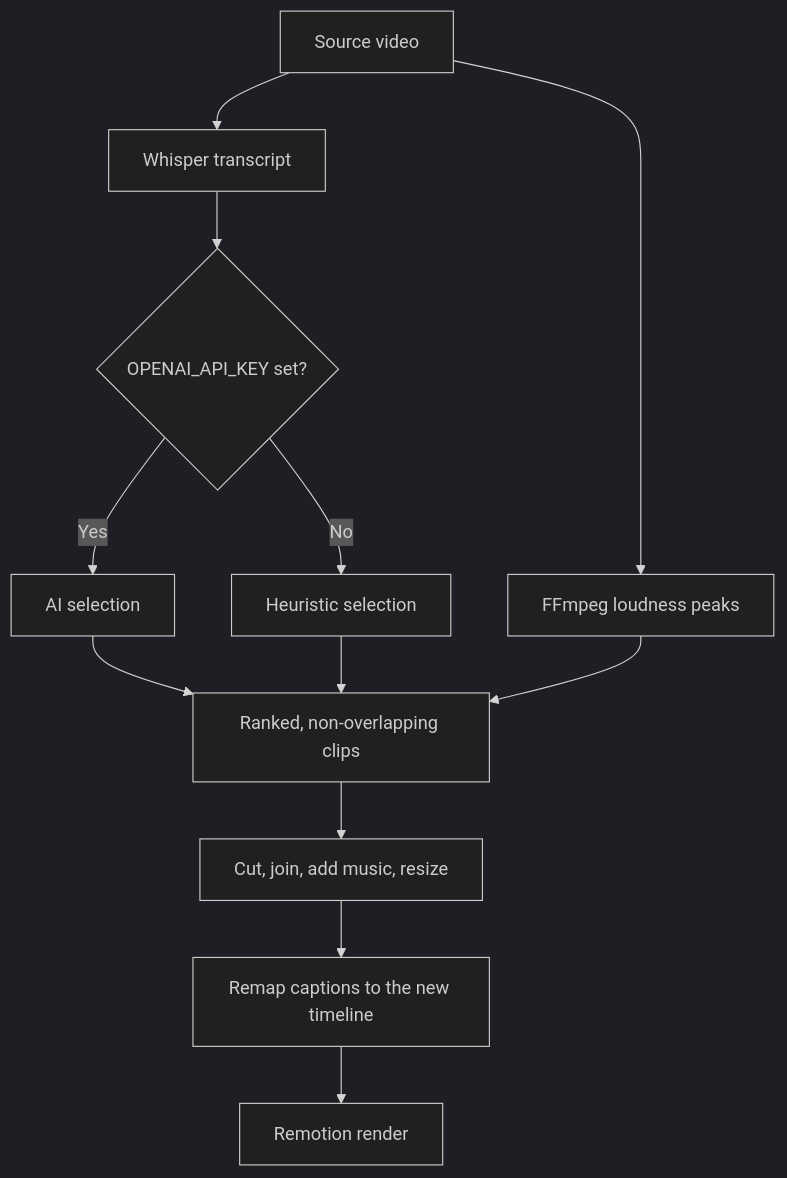
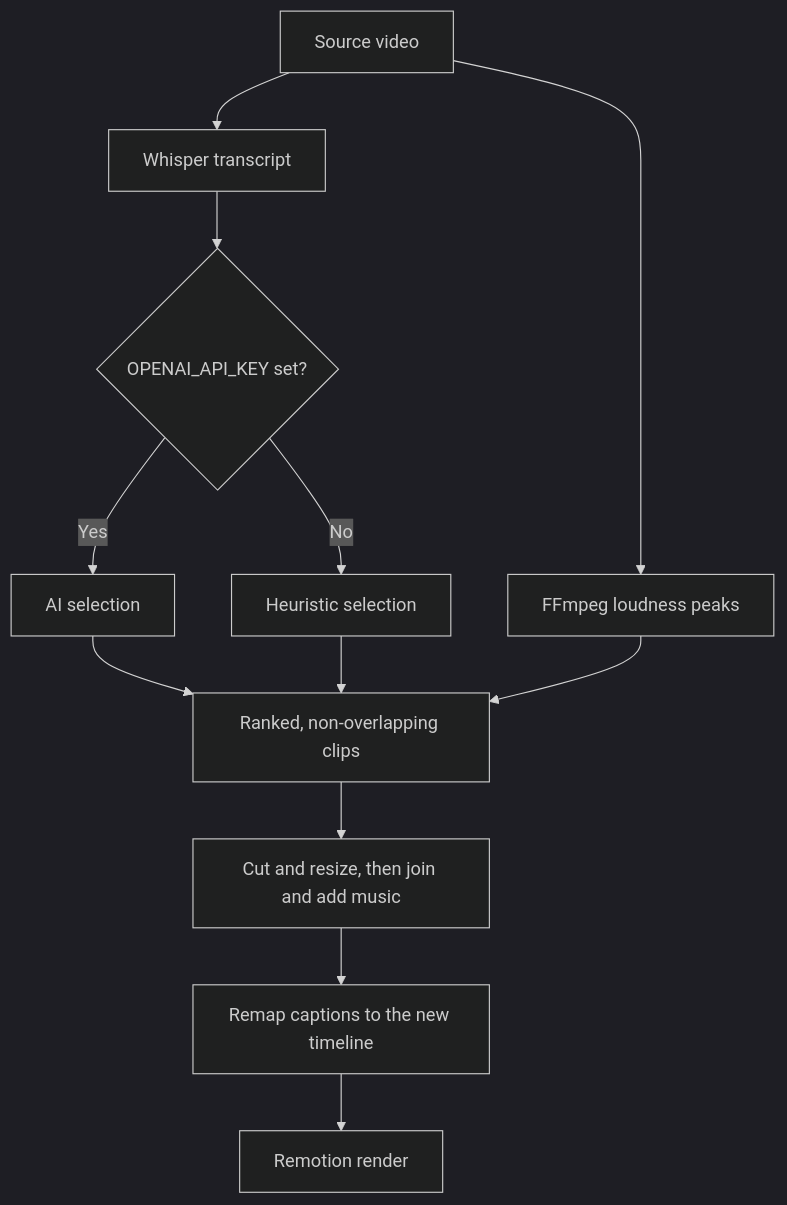
Before and after one commit to dannyhoang249-hub/Gaming-Video-editing: the diagram in README.md, drawn with Mermaid (dark theme). The commit also changed other lines of this file and 3 other files, not shown here.

````diff
--- a/README.md
+++ b/README.md
@@ -98,14 +98,14 @@
 ```mermaid
 flowchart TD
     A[Source video] --> B[Whisper transcript]
     A --> P[FFmpeg loudness peaks]
     B --> D{OPENAI_API_KEY set?}
     D -->|Yes| E[AI selection]
     D -->|No| F[Heuristic selection]
     E --> G[Ranked, non-overlapping clips]
     F --> G
     P --> G
-    G --> H[Cut, join, add music, resize]
+    G --> H[Cut and resize, then join and add music]
     H --> I[Remap captions to the new timeline]
     I --> J[Remotion render]
 ```
````
